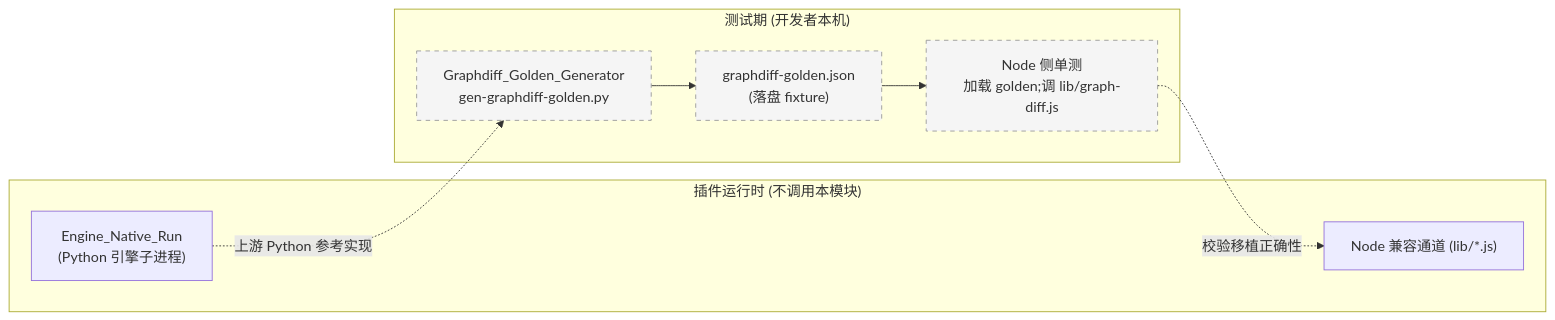
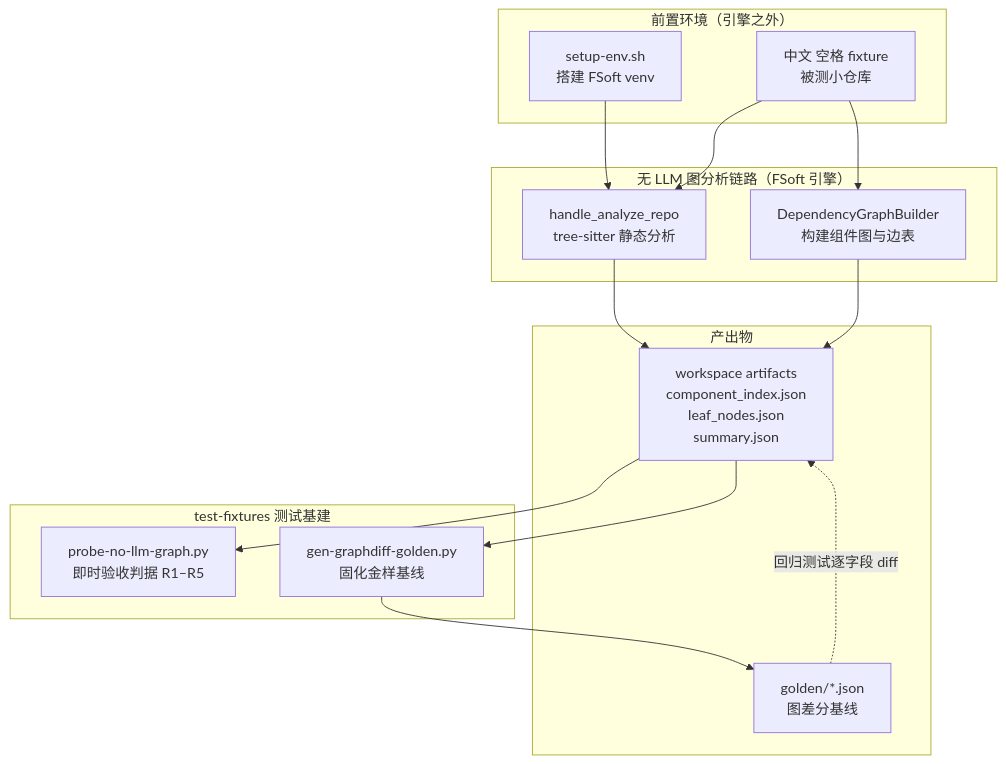
One commit to ikliml666/dsh-codewiki changed the first of 3 diagrams in .codewiki/_native-state/docs/Graphdiff_Golden_Generator.md. Above: the diagram before and after it, drawn with Mermaid. The commit also changed other lines of this file and 12 other files, not shown here.

````diff
--- a/.codewiki/_native-state/docs/Graphdiff_Golden_Generator.md
+++ b/.codewiki/_native-state/docs/Graphdiff_Golden_Generator.md
@@ -108,21 +19,32 @@
 ```mermaid
-flowchart LR
-    subgraph 运行时["插件运行时 (不调用本模块)"]
-        EngineNative["Engine_Native_Run<br/>(Python 引擎子进程)"]
-        NodeCompat["Node 兼容通道 (lib/*.js)"]
+flowchart TB
+    subgraph 环境["前置环境（引擎之外）"]
+        SETUP["setup-env.sh<br/>搭建 FSoft venv"]
+        FIX["中文 空格 fixture<br/>被测小仓库"]
     end
 
-    subgraph 测试期["测试期 (开发者本机)"]
-        Gen["Graphdiff_Golden_Generator<br/>gen-graphdiff-golden.py"]
-        Golden["graphdiff-golden.json<br/>(落盘 fixture)"]
-        NodeTest["Node 侧单测<br/>加载 golden#59;调 lib/graph-diff.js"]
+    subgraph 分析["无 LLM 图分析链路（FSoft 引擎）"]
+        ANA["handle_analyze_repo<br/>tree-sitter 静态分析"]
+        BUILDER["DependencyGraphBuilder<br/>构建组件图与边表"]
     end
 
-    EngineNative -. 上游 Python 参考实现 .-> Gen
-    Gen --> Golden
-    Golden --> NodeTest
-    NodeTest -. 校验移植正确性 .-> NodeCompat
+    subgraph 测试基建["test-fixtures 测试基建"]
+        PROBE["probe-no-llm-graph.py<br/>即时验收判据 R1–R5"]
+        GOLDEN["gen-graphdiff-golden.py<br/>固化金样基线"]
+    end
 
-    classDef offline fill:#f5f5f5,stroke:#999,stroke-dasharray: 5 5
-    class Gen,Golden,NodeTest offline
+    subgraph 产物["产出物"]
+        WS["workspace artifacts<br/>component_index.json<br/>leaf_nodes.json<br/>summary.json"]
+        GL["golden/*.json<br/>图差分基线"]
+    end
+
+    SETUP --> ANA
+    FIX --> ANA
+    FIX --> BUILDER
+    ANA --> WS
+    BUILDER --> WS
+    WS --> PROBE
+    WS --> GOLDEN
+    GOLDEN --> GL
+    GL -. "回归测试逐字段 diff" .-> WS
 ```
````
